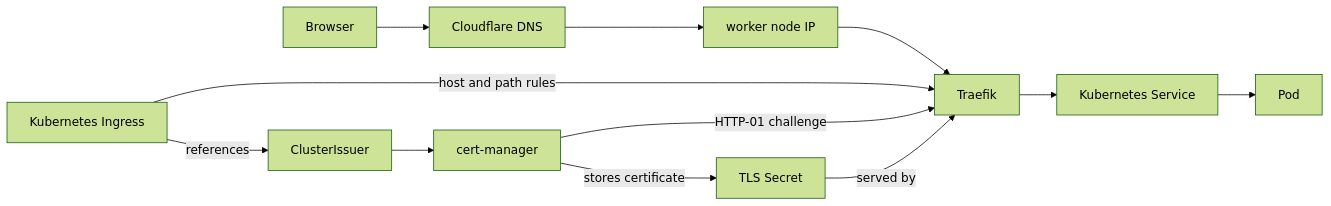
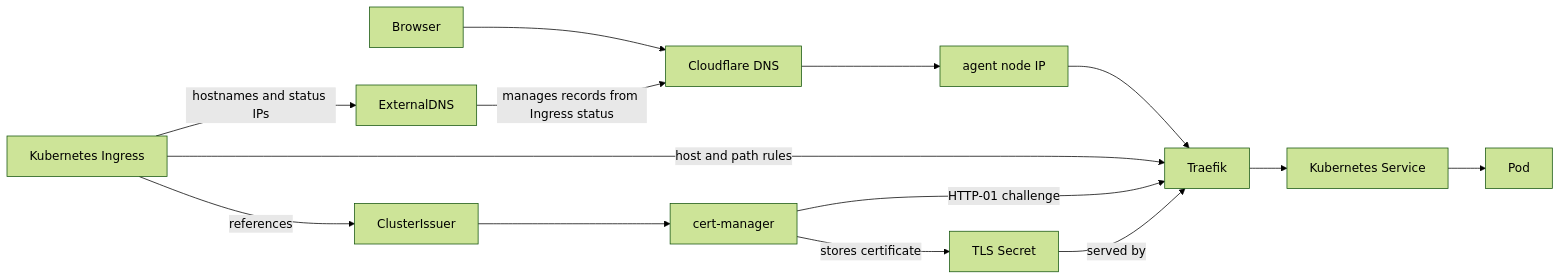
One commit to paapug/hetzner-kube-express changed the diagram in docs/ingress.md. Above: the diagram before and after it, drawn with Mermaid (forest theme). The commit also changed other lines of this file and 13 other files, not shown here.

Commit message:
External DNS documentation update

````diff
--- a/docs/ingress.md
+++ b/docs/ingress.md
@@ -11,14 +11,16 @@
 ```mermaid
 flowchart LR
   Browser["Browser"] --> CloudflareDNS["Cloudflare DNS"]
-  CloudflareDNS --> WorkerNodeIP["worker node IP"]
-  WorkerNodeIP --> Traefik["Traefik"]
+  CloudflareDNS --> AgentNodeIP["agent node IP"]
+  AgentNodeIP --> Traefik["Traefik"]
   Ingress["Kubernetes Ingress"] -->|"host and path rules"| Traefik
+  ExternalDNS["ExternalDNS"] -->|"manages records from Ingress status"| CloudflareDNS
+  Ingress -->|"hostnames and status IPs"| ExternalDNS
   Traefik --> KubernetesService["Kubernetes Service"]
   KubernetesService --> Pod["Pod"]
   Ingress -->|"references"| ClusterIssuer["ClusterIssuer"]
   ClusterIssuer --> CertManager["cert-manager"]
   CertManager -->|"HTTP-01 challenge"| Traefik
   CertManager -->|"stores certificate"| TLSSecret["TLS Secret"]
   TLSSecret -->|"served by"| Traefik
 ```
````
